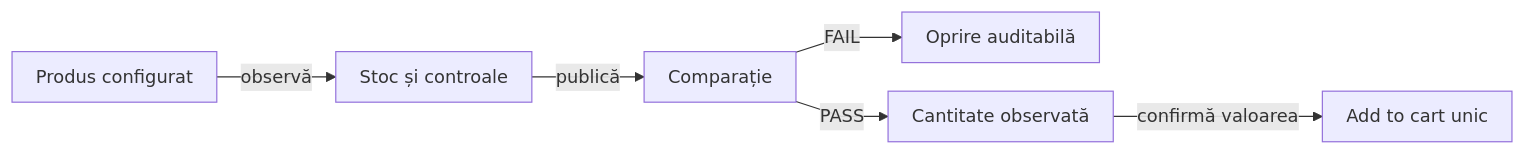
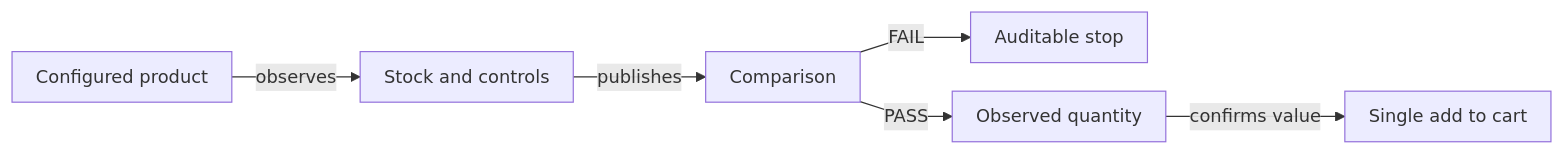
One commit to crististefanita/atf_j0 changed the seventh of 13 diagrams in atf-test-practice-shop/README.md. Above: the diagram before and after it, drawn with Mermaid. The commit also changed other lines of this file and 113 other files, not shown here.

````diff
--- a/atf-test-practice-shop/README.md
+++ b/atf-test-practice-shop/README.md
@@ -698,9 +785,9 @@
 ```mermaid
 %%{init: {"themeVariables":{"fontSize":"15px"},"themeCSS":".nodeLabel, .nodeLabel p { font-size: 15px !important; line-height: 1.35 !important; } .edgeLabel, .edgeLabel p { font-size: 12px !important; font-weight: 400 !important; line-height: 1.2 !important; } .edgeLabel .labelBkg, .edgeLabel p { background: transparent !important; } .edgeLabel foreignObject { transform: translateY(-18px); overflow: visible; } .node rect { rx: 6px; ry: 6px; }","flowchart":{"curve":"linear","nodeSpacing":24,"rankSpacing":40,"padding":10,"diagramPadding":16}}}%%
 flowchart LR
-    Product["Produs configurat"] -->|observă| Stock["Stoc și controale"]
-    Stock -->|publică| Check["Comparație"]
-    Check -->|FAIL| Stop["Oprire auditabilă"]
-    Check -->|PASS| Quantity["Cantitate observată"]
-    Quantity -->|confirmă valoarea| Cart["Add to cart unic"]
+    Product["Configured product"] -->|observes| Stock["Stock and controls"]
+    Stock -->|publishes| Check["Comparison"]
+    Check -->|FAIL| Stop["Auditable stop"]
+    Check -->|PASS| Quantity["Observed quantity"]
+    Quantity -->|confirms value| Cart["Single add to cart"]
 ```
````
